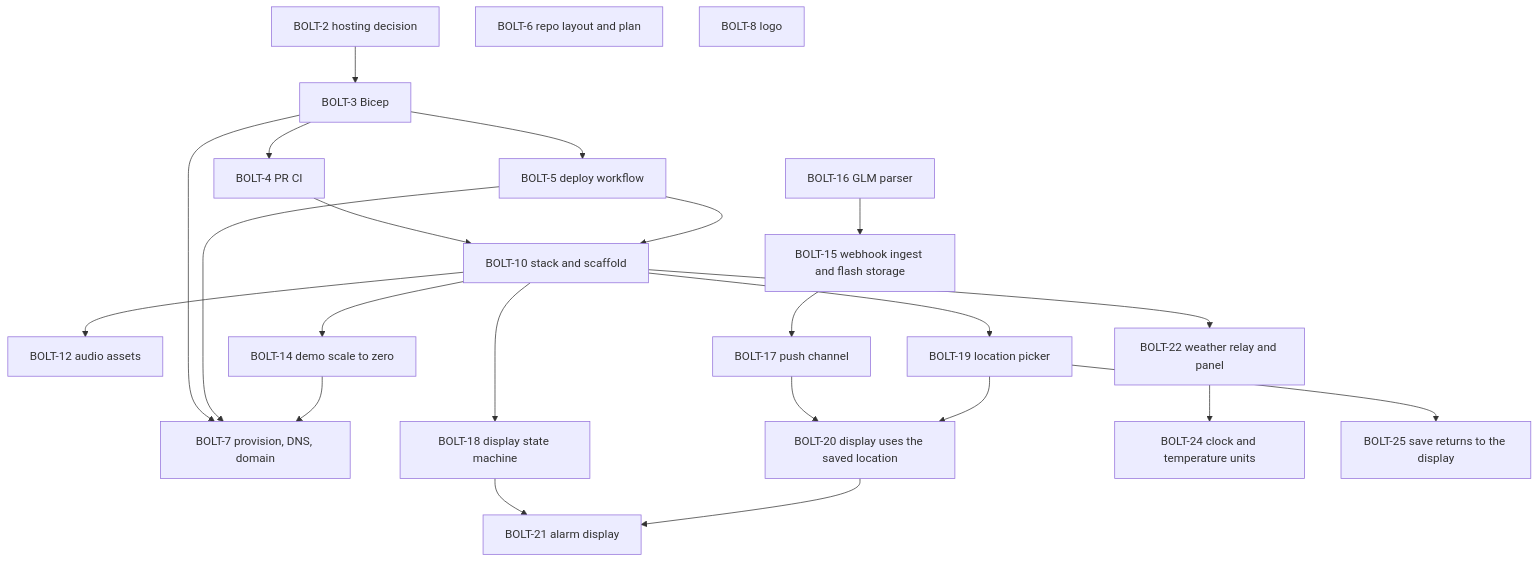
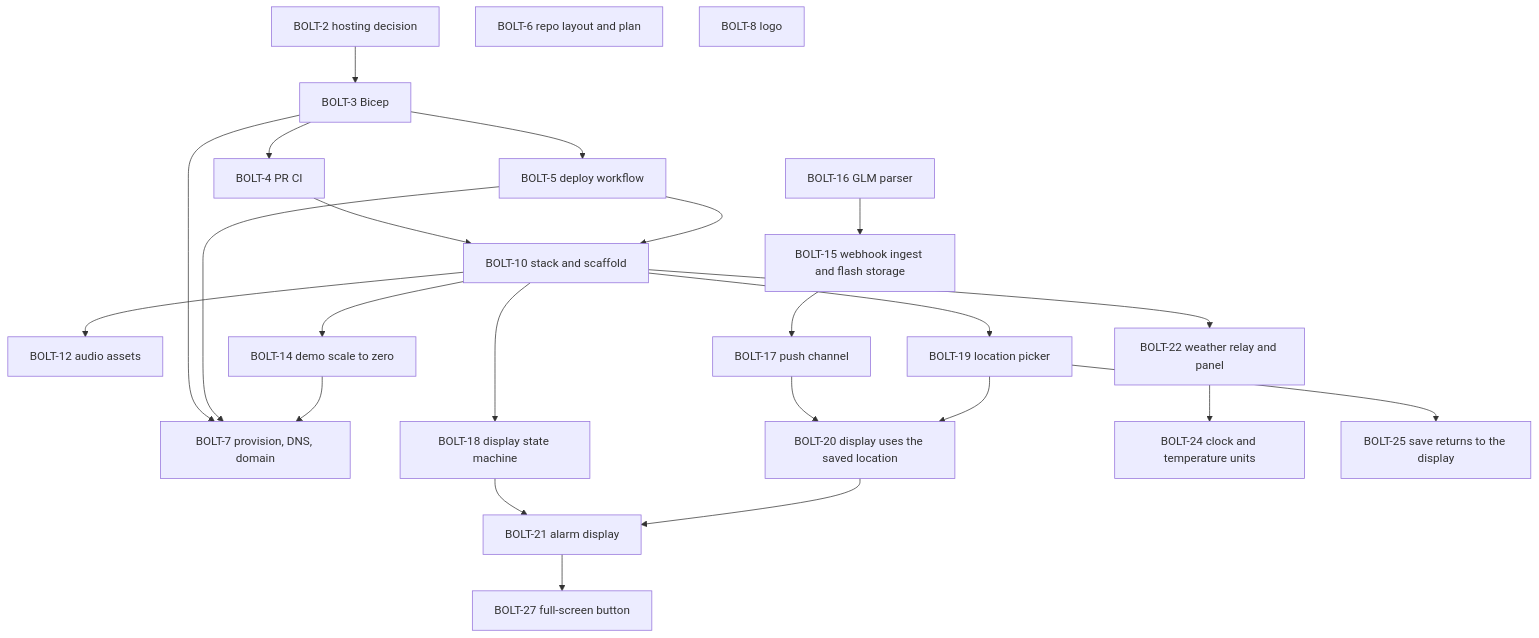
Before and after one commit to henrique-meyer/boltclock: the diagram in docs/plan.md, drawn with Mermaid. The commit also changed other lines of this file and 5 other files, not shown here.

First line of the commit message:
BOLT-27 Full screen from a top-bar button, not on Start

````diff
--- a/docs/plan.md
+++ b/docs/plan.md
@@ -15,45 +15,47 @@
 ```mermaid
 flowchart TD
   s2[BOLT-2 hosting decision]
   s3[BOLT-3 Bicep]
   s4[BOLT-4 PR CI]
   s5[BOLT-5 deploy workflow]
   s6[BOLT-6 repo layout and plan]
   s7[BOLT-7 provision, DNS, domain]
   s8[BOLT-8 logo]
   s10[BOLT-10 stack and scaffold]
   s12[BOLT-12 audio assets]
   s14[BOLT-14 demo scale to zero]
   s15[BOLT-15 webhook ingest and flash storage]
   s16[BOLT-16 GLM parser]
   s17[BOLT-17 push channel]
   s18[BOLT-18 display state machine]
   s19[BOLT-19 location picker]
   s20[BOLT-20 display uses the saved location]
   s21[BOLT-21 alarm display]
   s22[BOLT-22 weather relay and panel]
   s24[BOLT-24 clock and temperature units]
   s25[BOLT-25 save returns to the display]
+  s27[BOLT-27 full-screen button]
   s2 --> s3
   s4 --> s10
   s5 --> s10
   s3 --> s4
   s3 --> s5
   s3 --> s7
   s5 --> s7
   s10 --> s12
   s10 --> s14
   s14 --> s7
   s16 --> s15
   s15 --> s17
   s10 --> s18
   s10 --> s19
   s17 --> s20
   s19 --> s20
 
   s18 --> s21
   s20 --> s21
   s10 --> s22
   s22 --> s24
   s19 --> s25
+  s21 --> s27
 ```
````
